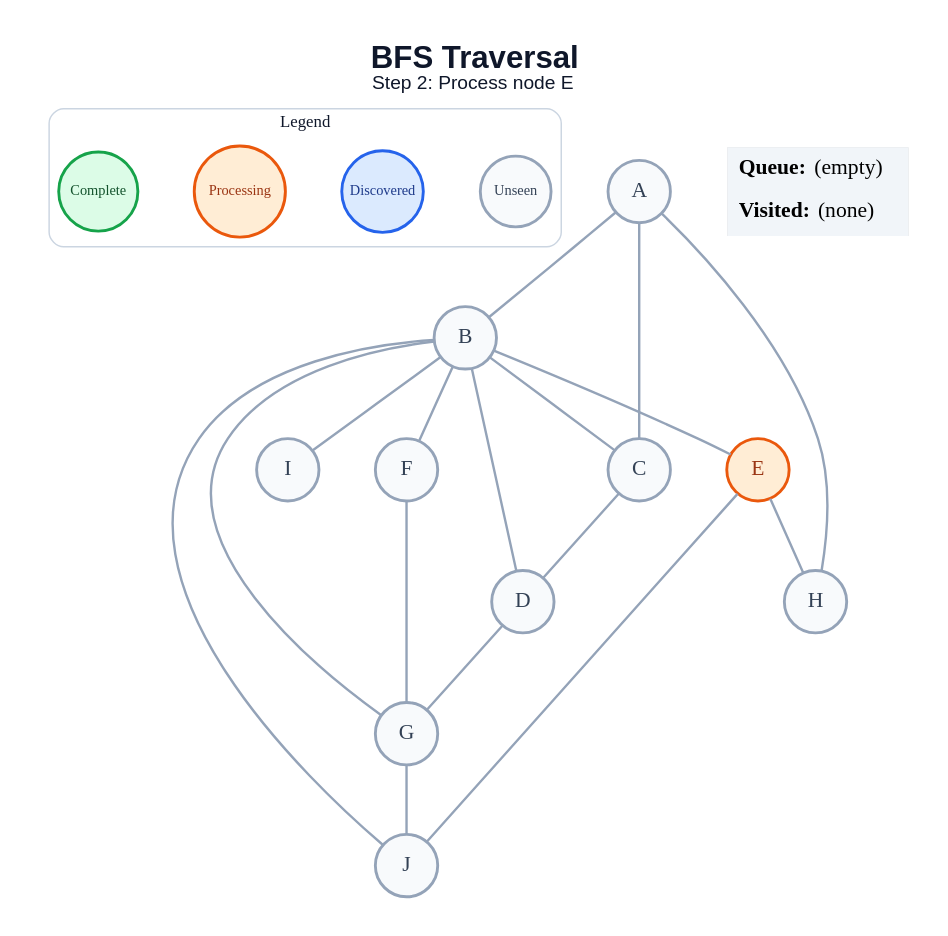
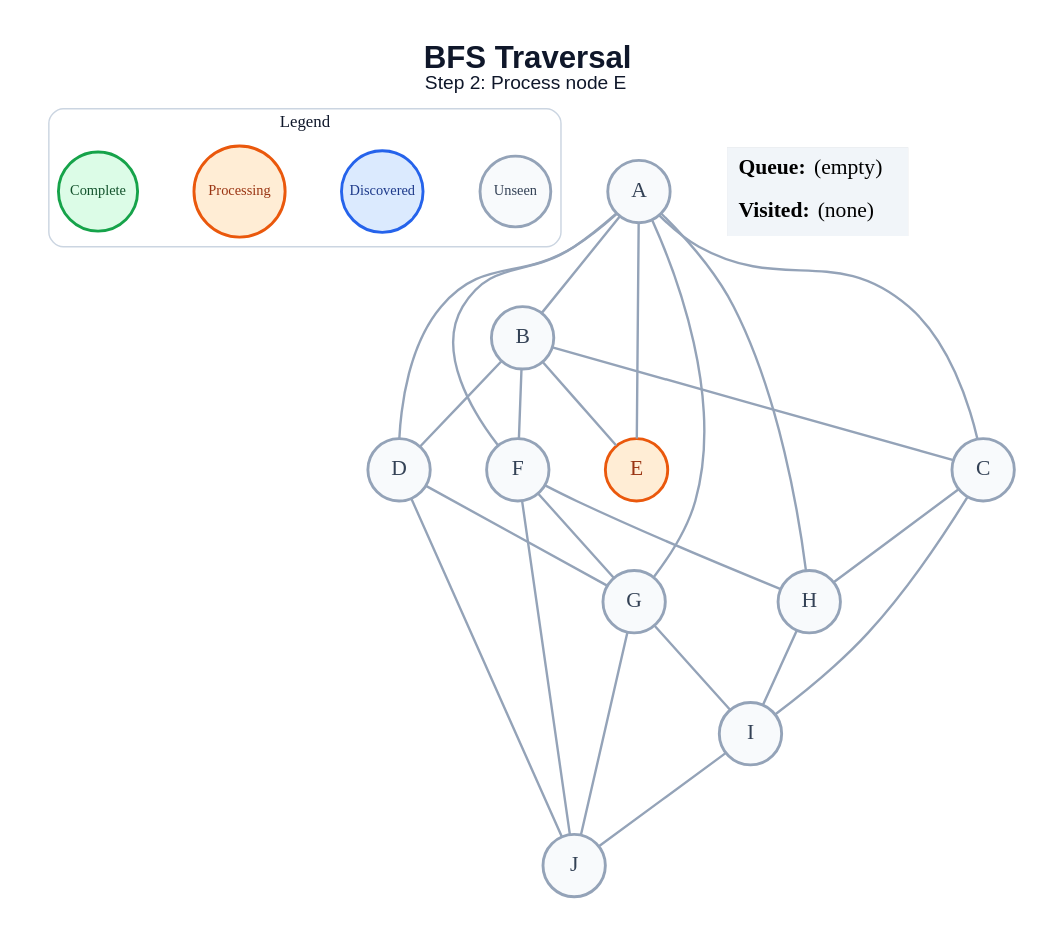
The diagram in generated/specific-node/bfs/step_02.dot (amanghodawala9/ai-slop), drawn with Graphviz before and after one commit. The commit also changed 178 other files, not shown here.

```diff
--- a/generated/specific-node/bfs/step_02.dot
+++ b/generated/specific-node/bfs/step_02.dot
@@ -1,45 +1,51 @@
 graph traversal {
   graph [layout=dot, rankdir=TB, bgcolor="#FFFFFF", pad="0.35", nodesep="0.65", ranksep="0.8", fontname="Arial"];
   node [shape=circle, style="filled", fontname="Arial Bold", fontsize=18, width=0.72, fixedsize=true, penwidth=2.4];
   edge [color="#94A3B8", penwidth=2.0];
   label=<<B>BFS Traversal</B><BR/><FONT POINT-SIZE="16">Step 2: Process node E</FONT>>; labelloc="t"; fontsize=26; fontname="Arial"; fontcolor="#0F172A";
   subgraph cluster_legend { label="Legend"; color="#CBD5E1"; penwidth=1.2; style="rounded"; fontsize=14; fontname="Arial Bold";
     key_unseen [label="Unseen", fillcolor="#F8FAFC", color="#94A3B8", fontcolor="#334155", fontsize=12, width=0.82];
     key_frontier [label="Discovered", fillcolor="#DBEAFE", color="#2563EB", fontcolor="#1E3A8A", fontsize=12, width=0.95];
     key_current [label="Processing", fillcolor="#FFEDD5", color="#EA580C", fontcolor="#9A3412", fontsize=12, width=1.05];
     key_done [label="Complete", fillcolor="#DCFCE7", color="#16A34A", fontcolor="#14532D", fontsize=12, width=0.92];
     { rank=same; key_unseen; key_frontier; key_current; key_done; }
   }
   A [fillcolor="#F8FAFC", color="#94A3B8", fontcolor="#334155"];
   B [fillcolor="#F8FAFC", color="#94A3B8", fontcolor="#334155"];
   C [fillcolor="#F8FAFC", color="#94A3B8", fontcolor="#334155"];
   D [fillcolor="#F8FAFC", color="#94A3B8", fontcolor="#334155"];
   E [fillcolor="#FFEDD5", color="#EA580C", fontcolor="#9A3412"];
   F [fillcolor="#F8FAFC", color="#94A3B8", fontcolor="#334155"];
   G [fillcolor="#F8FAFC", color="#94A3B8", fontcolor="#334155"];
   H [fillcolor="#F8FAFC", color="#94A3B8", fontcolor="#334155"];
   I [fillcolor="#F8FAFC", color="#94A3B8", fontcolor="#334155"];
   J [fillcolor="#F8FAFC", color="#94A3B8", fontcolor="#334155"];
   A -- B;
   A -- C;
+  A -- D;
+  A -- E;
+  A -- F;
+  A -- G;
   A -- H;
   B -- C;
   B -- D;
   B -- E;
   B -- F;
-  B -- G;
-  B -- I;
-  B -- J;
-  C -- D;
+  C -- H;
+  C -- I;
   D -- G;
-  E -- H;
-  E -- J;
+  D -- J;
   F -- G;
+  F -- H;
+  F -- J;
+  G -- I;
   G -- J;
+  H -- I;
+  I -- J;
   status [shape=plain, fixedsize=false, width=0, height=0, margin=0, label=<
     <TABLE BORDER="0" CELLBORDER="0" CELLPADDING="7" BGCOLOR="#F1F5F9">
       <TR><TD ALIGN="LEFT"><B>Queue:</B> (empty)</TD></TR>
       <TR><TD ALIGN="LEFT"><B>Visited:</B> (none)</TD></TR>
     </TABLE>
   >];
 }
```
